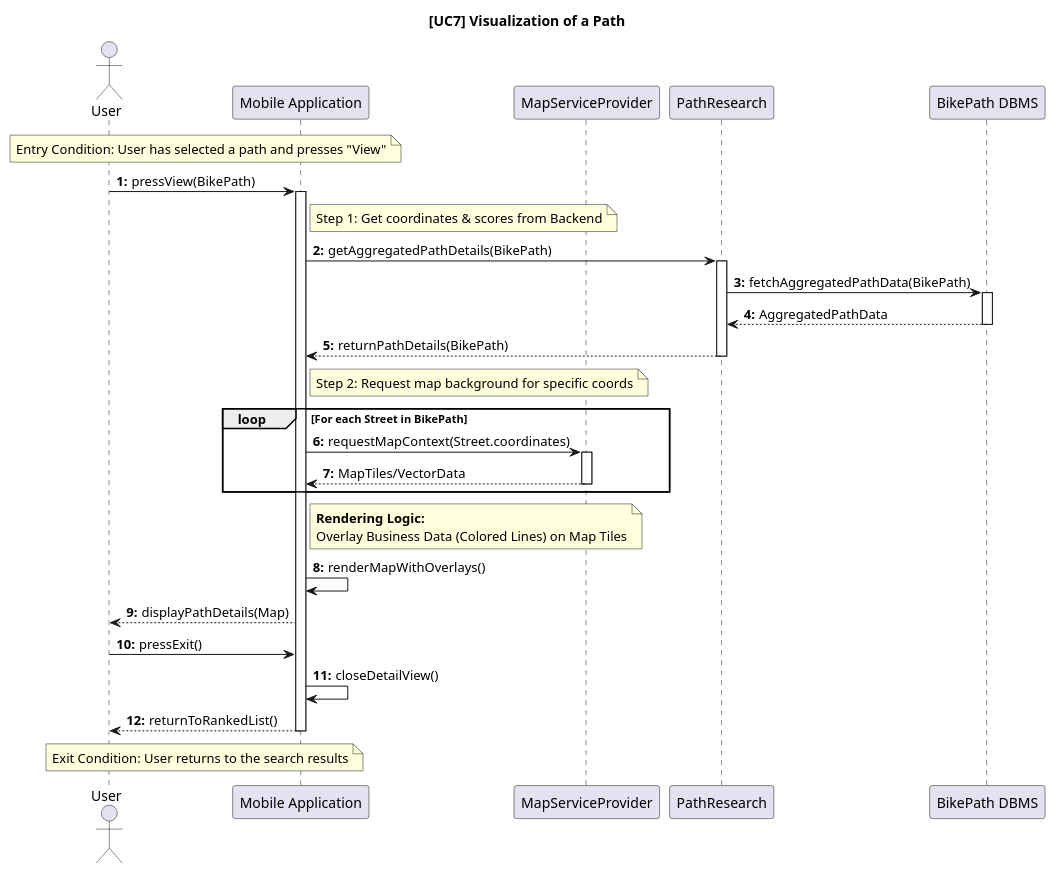
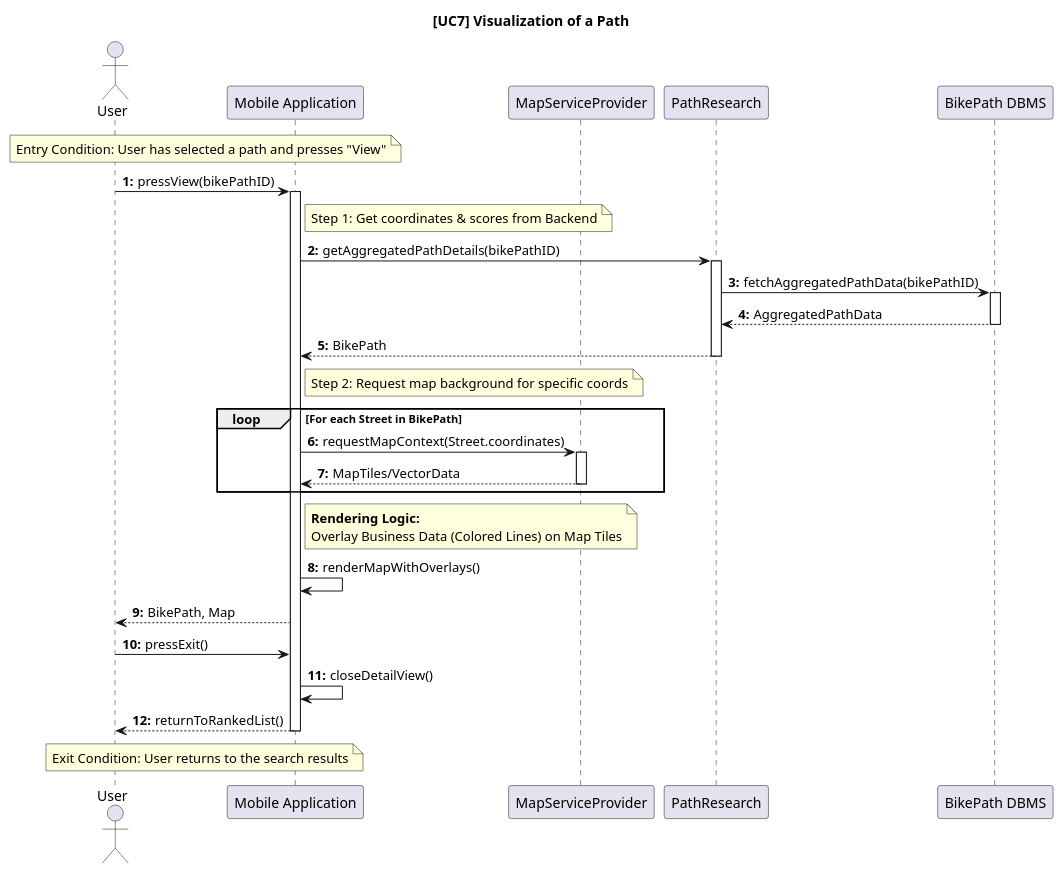
Before and after one commit to ilevinci/RubinoUvinsiVinciguerra: the diagram in DD/sequencediagrams/usecase7.puml, drawn with PlantUML. The commit also changed 8 other files, not shown here.

Commit message:
further refactoring of DD sequence diagrams, more consistency of return values

```diff
--- a/DD/sequencediagrams/usecase7.puml
+++ b/DD/sequencediagrams/usecase7.puml
@@ -1,74 +1,74 @@
 @startuml UC7_VisualizationPath_Final
 autonumber "<b>0:"
 title [UC7] Visualization of a Path
 
 ' =======================================================
 ' COMPONENT DEFINITION
 ' =======================================================
 actor "User" as User
 participant "Mobile Application" as Client
 
 ' Servizio Esterno (Indispensabile per il rendering grafico)
 participant "MapServiceProvider" as Map
 
 ' Backend System
 participant "PathResearch" as PR
 participant "BikePath DBMS" as DB
 
 ' =======================================================
 ' ENTRY CONDITION
 ' =======================================================
 note over User, Client: Entry Condition: User has selected a path and presses "View"
 
 ' =======================================================
 ' (a) FETCH DATA & MAP CONTEXT
 ' =======================================================
-User -> Client: pressView(BikePath)
+User -> Client: pressView(bikePathID)
 activate Client
 
 ' 1. Recupero Dati del Percorso (Logica di Business)
 note right of Client: Step 1: Get coordinates & scores from Backend
-Client -> PR: getAggregatedPathDetails(BikePath)
+Client -> PR: getAggregatedPathDetails(bikePathID)
 activate PR
 
 ' Query al DBMS
-PR -> DB: fetchAggregatedPathData(BikePath)
+PR -> DB: fetchAggregatedPathData(bikePathID)
 activate DB
 DB --> PR: AggregatedPathData
 deactivate DB
 
 ' Ritorno dati al Client
-PR --> Client: returnPathDetails(BikePath)
+PR --> Client: BikePath
 deactivate PR
 
 ' 2. Recupero Mappa dal Service Provider
 note right of Client: Step 2: Request map background for specific coords
 loop For each Street in BikePath
 
     Client -> Map: requestMapContext(Street.coordinates)
     activate Map
     Map --> Client: MapTiles/VectorData
     deactivate Map
 end
 
 ' =======================================================
 ' RENDERING LATO CLIENT
 ' =======================================================
 note right of Client: **Rendering Logic:**\nOverlay Business Data (Colored Lines) on Map Tiles
 
 
 Client -> Client: renderMapWithOverlays()
-Client --> User: displayPathDetails(Map)
+Client --> User: BikePath, Map
 
 ' =======================================================
 ' EXIT CONDITION
 ' =======================================================
 User -> Client: pressExit()
 
 Client -> Client: closeDetailView()
 Client --> User: returnToRankedList()
 
 note over User, Client: Exit Condition: User returns to the search results
 
 deactivate Client
 @enduml
```
